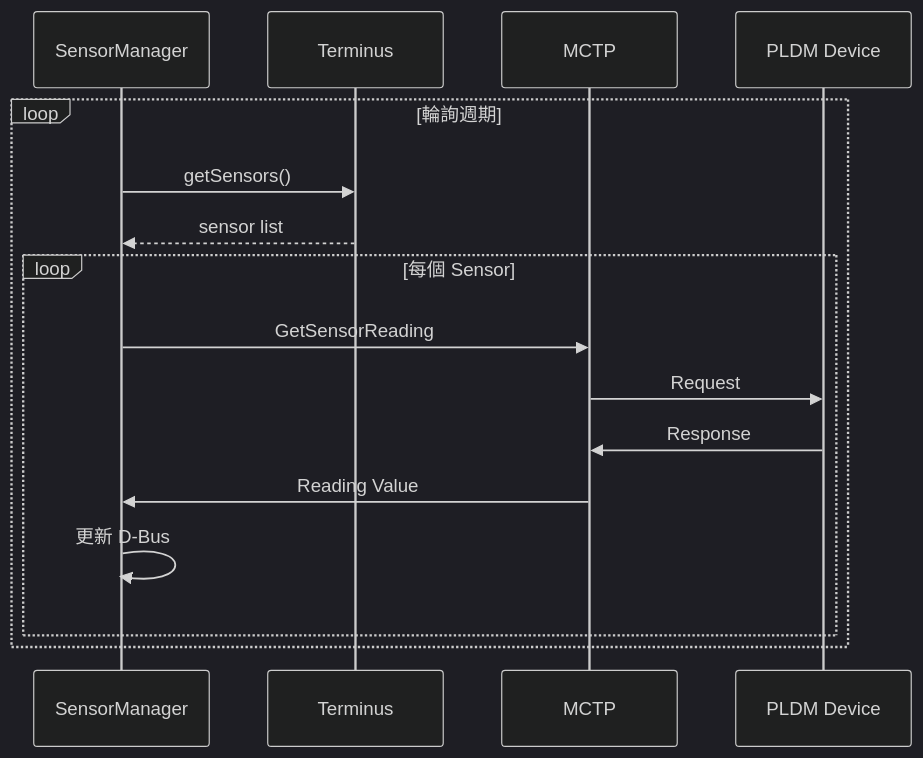
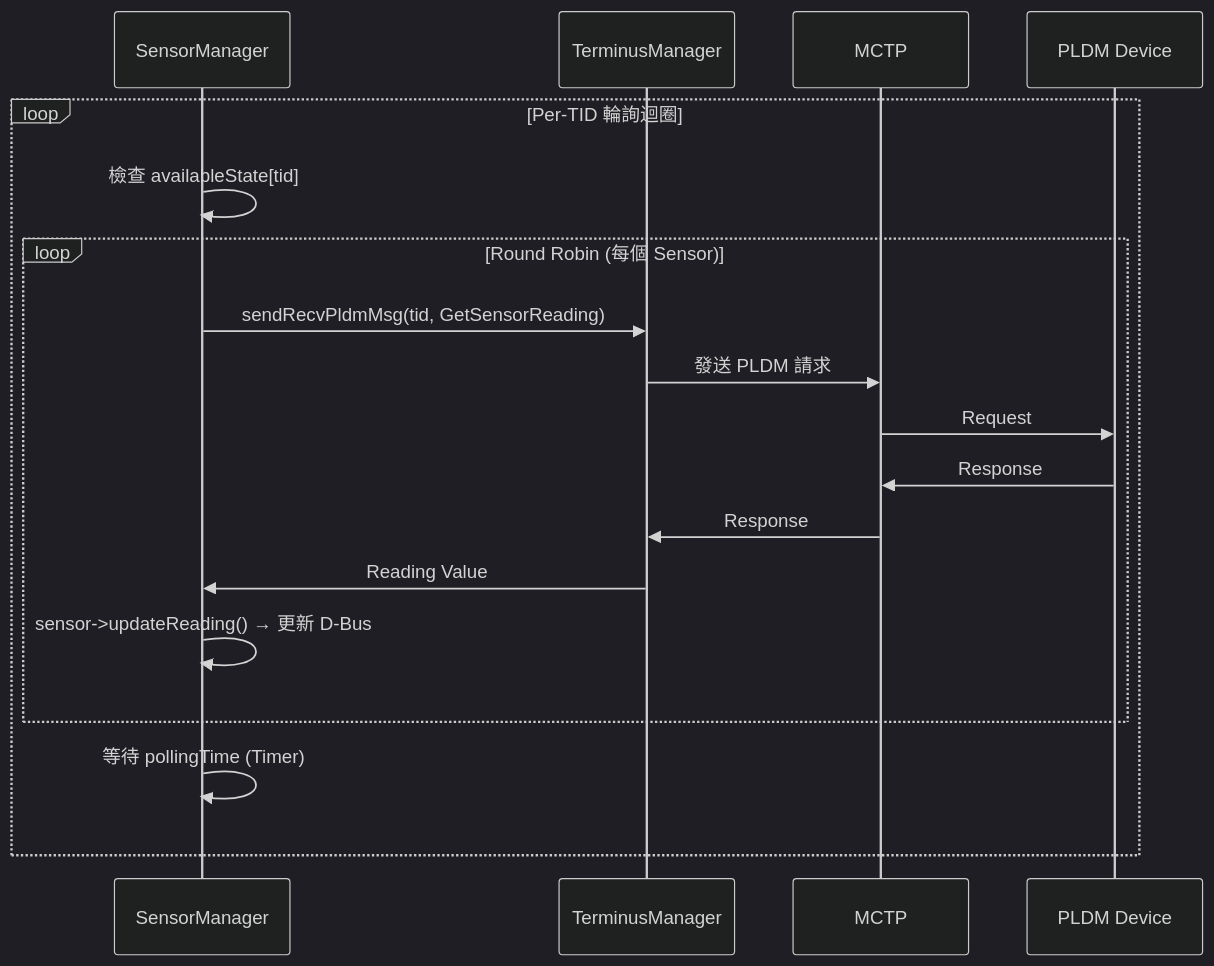
One commit to chilung-cgu/bmc-firmware-knowledge-base changed the third of 3 diagrams in pldm/PlatformMC.md. Above: the diagram before and after it, drawn with Mermaid (dark theme). The commit also changed other lines of this file and 19 other files, not shown here.

First line of the commit message:
docs(mctp,pldm): 擴充與完善技術筆記

````diff
--- a/pldm/PlatformMC.md
+++ b/pldm/PlatformMC.md
@@ -76,19 +273,21 @@
 ```mermaid
 sequenceDiagram
     participant SM as SensorManager
-    participant TM as Terminus
+    participant TM as TerminusManager
     participant MCTP as MCTP
     participant Device as PLDM Device
-    
-    loop 輪詢週期
-        SM->>TM: getSensors()
-        TM-->>SM: sensor list
-        loop 每個 Sensor
-            SM->>MCTP: GetSensorReading
+
+    loop Per-TID 輪詢迴圈
+        SM->>SM: 檢查 availableState[tid]
+        loop Round Robin (每個 Sensor)
+            SM->>TM: sendRecvPldmMsg(tid, GetSensorReading)
+            TM->>MCTP: 發送 PLDM 請求
             MCTP->>Device: Request
             Device->>MCTP: Response
-            MCTP->>SM: Reading Value
-            SM->>SM: 更新 D-Bus
+            MCTP->>TM: Response
+            TM->>SM: Reading Value
+            SM->>SM: sensor->updateReading() → 更新 D-Bus
         end
+        SM->>SM: 等待 pollingTime (Timer)
     end
 ```
````
